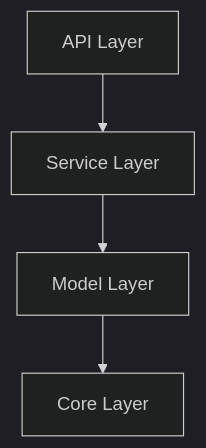
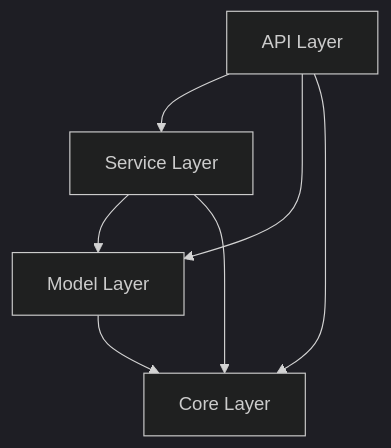
Before and after one commit to ambient-code/reference: the diagram in docs/patterns/layered-architecture.md, drawn with Mermaid (dark theme). The commit also changed other lines of this file and 8 other files, not shown here.

````diff
--- a/docs/patterns/layered-architecture.md
+++ b/docs/patterns/layered-architecture.md
@@ -47,6 +78,9 @@
 ```mermaid
 flowchart TD
     API[API Layer] --> Service[Service Layer]
     Service --> Model[Model Layer]
     Model --> Core[Core Layer]
+    API --> Model
+    API --> Core
+    Service --> Core
 ```
````
